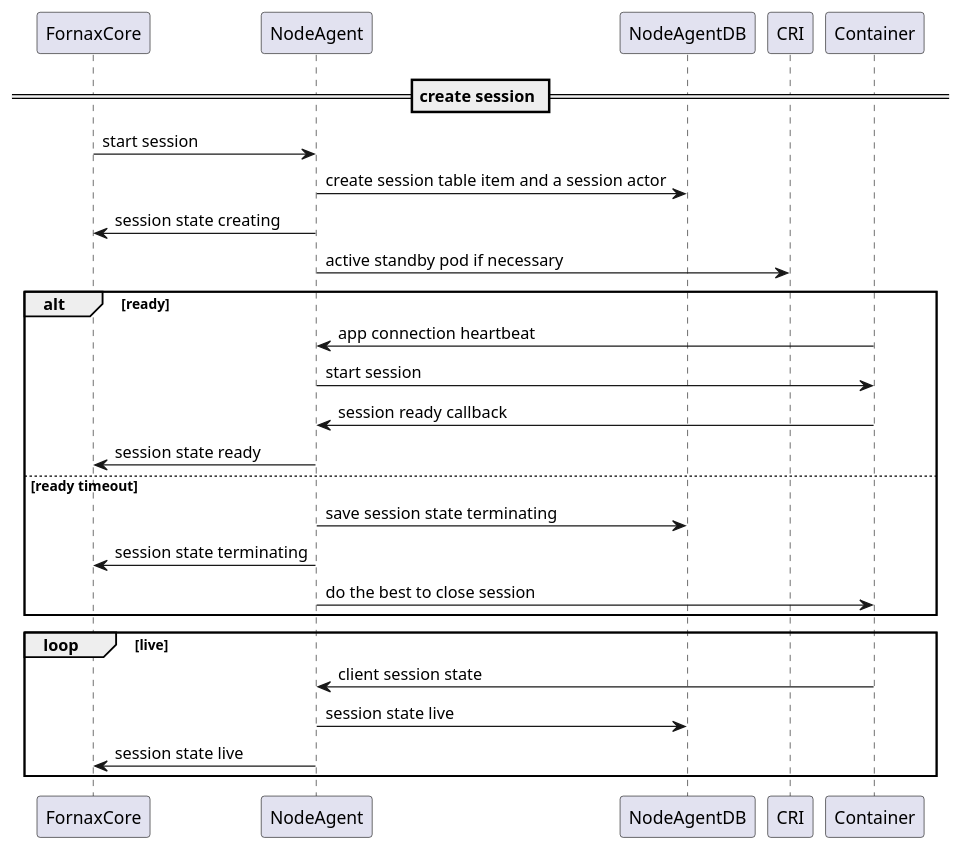
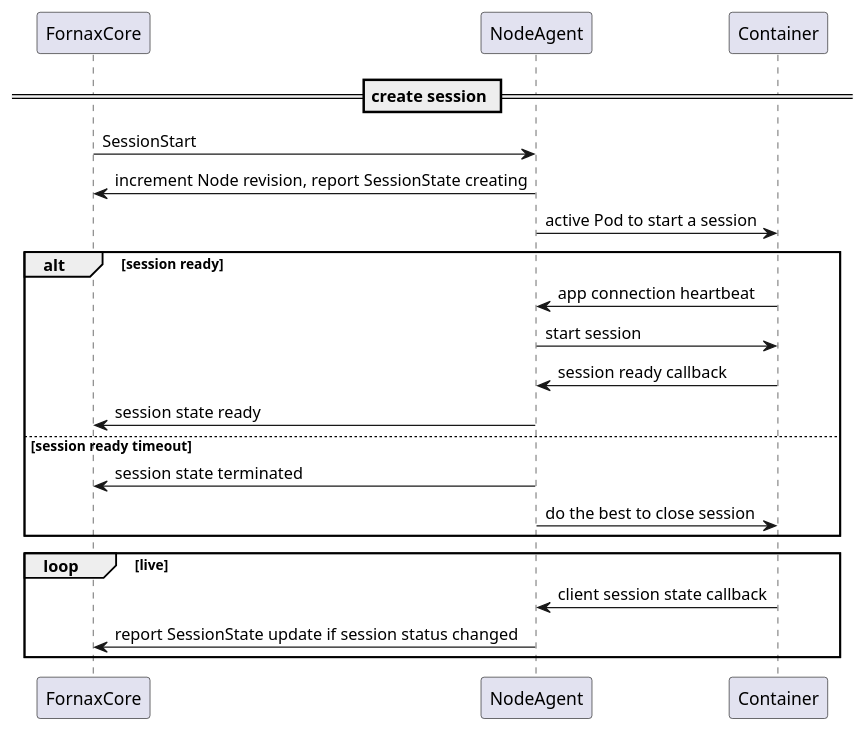
One commit to CentaurusInfra/fornax-serverless changed the fifth of 9 diagrams in doc/design/nodeagent.md. Above: the diagram before and after it, drawn with PlantUML. The commit also changed other lines of this file and 3 other files, not shown here.

Commit message:
add node revision design in node agent doc and remove not accurate information in architecture doc

````diff
--- a/doc/design/nodeagent.md
+++ b/doc/design/nodeagent.md
@@ -179,27 +168,24 @@
 ```puml
 @startuml
 == create session ==
-FornaxCore -> NodeAgent: start session
-NodeAgent-> NodeAgentDB: create session table item and a session actor
-NodeAgent-> FornaxCore: session state creating
-NodeAgent-> CRI: active standby pod if necessary
+FornaxCore -> NodeAgent: SessionStart
+NodeAgent-> FornaxCore: increment Node revision, report SessionState creating
+NodeAgent-> Container: active Pod to start a session
 
-alt ready
+alt session ready
 Container-> NodeAgent: app connection heartbeat
 NodeAgent-> Container: start session
 Container-> NodeAgent: session ready callback
 NodeAgent-> FornaxCore: session state ready
-else ready timeout
-NodeAgent-> NodeAgentDB: save session state terminating
-NodeAgent-> FornaxCore: session state terminating
+else session ready timeout
+NodeAgent-> FornaxCore: session state terminated
 NodeAgent-> Container: do the best to close session
 end
 
 loop live
-Container-> NodeAgent: client session state
-NodeAgent-> NodeAgentDB: session state live
-NodeAgent-> FornaxCore: session state live
+Container-> NodeAgent:  client session state callback
+NodeAgent-> FornaxCore: report SessionState update if session status changed
 end
 
 @enduml
 ```
````
